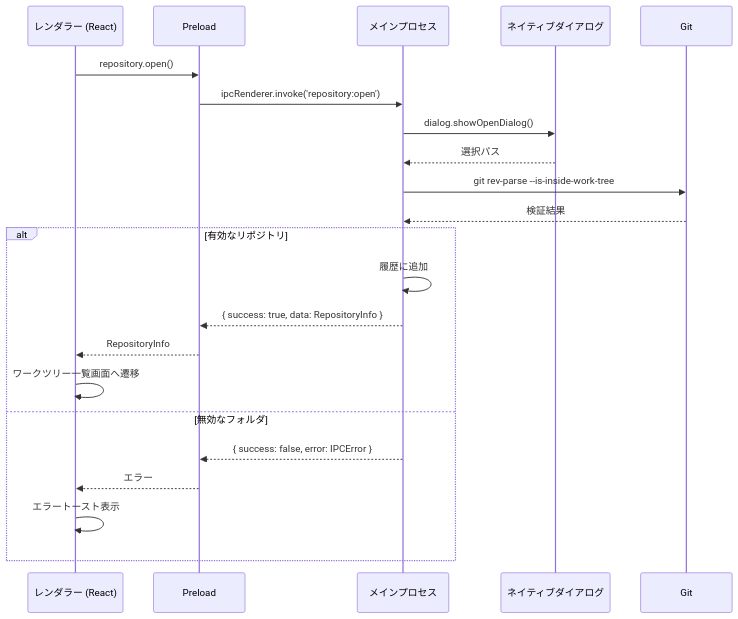
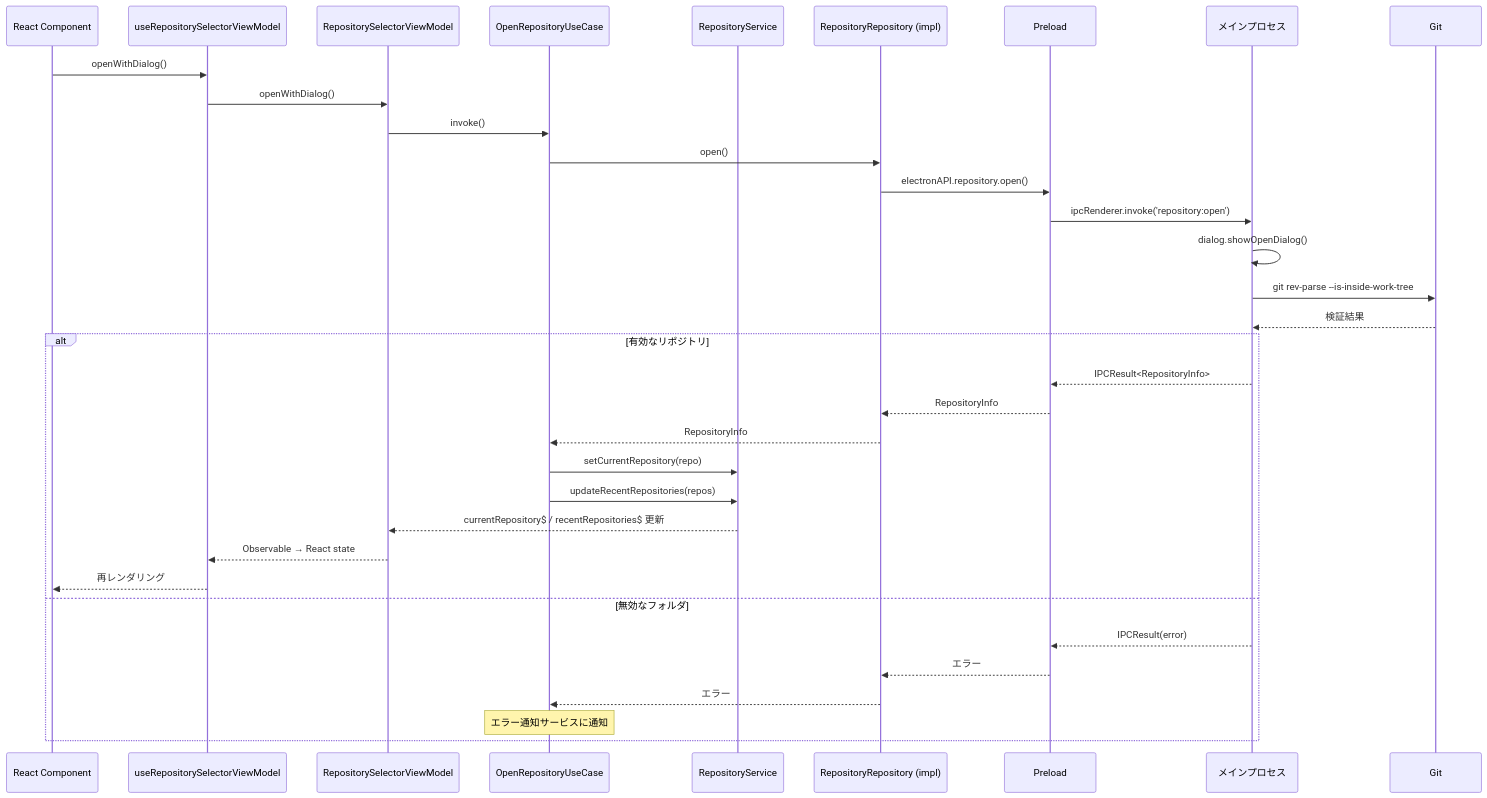
The first of 3 diagrams in .sdd/specification/application-foundation_spec.md (ToshikiImagawa/Buruma), drawn with Mermaid before and after one commit. The commit also changed other lines of this file and 33 other files, not shown here.

Commit message:
Enforce Prettier formatting and add typecheck, format, and format:check scripts in package.json; refactor the codebase for consistent styling with updated ESLint and Prettier integration; add useObservable hook and comprehensive test coverage

````diff
--- a/.sdd/specification/application-foundation_spec.md
+++ b/.sdd/specification/application-foundation_spec.md
@@ -202,26 +356,38 @@
 ```mermaid
 sequenceDiagram
-    participant Renderer as レンダラー (React)
+    participant Component as React Component
+    participant Hook as useRepositorySelectorViewModel
+    participant VM as RepositorySelectorViewModel
+    participant UC as OpenRepositoryUseCase
+    participant Svc as RepositoryService
+    participant Repo as RepositoryRepository (impl)
     participant Preload as Preload
     participant Main as メインプロセス
-    participant Dialog as ネイティブダイアログ
     participant Git as Git
 
-    Renderer ->> Preload: repository.open()
+    Component ->> Hook: openWithDialog()
+    Hook ->> VM: openWithDialog()
+    VM ->> UC: invoke()
+    UC ->> Repo: open()
+    Repo ->> Preload: electronAPI.repository.open()
     Preload ->> Main: ipcRenderer.invoke('repository:open')
-    Main ->> Dialog: dialog.showOpenDialog()
-    Dialog -->> Main: 選択パス
+    Main ->> Main: dialog.showOpenDialog()
     Main ->> Git: git rev-parse --is-inside-work-tree
     Git -->> Main: 検証結果
 
     alt 有効なリポジトリ
-        Main ->> Main: 履歴に追加
-        Main -->> Preload: { success: true, data: RepositoryInfo }
-        Preload -->> Renderer: RepositoryInfo
-        Renderer ->> Renderer: ワークツリー一覧画面へ遷移
+        Main -->> Preload: IPCResult<RepositoryInfo>
+        Preload -->> Repo: RepositoryInfo
+        Repo -->> UC: RepositoryInfo
+        UC ->> Svc: setCurrentRepository(repo)
+        UC ->> Svc: updateRecentRepositories(repos)
+        Svc -->> VM: currentRepository$ / recentRepositories$ 更新
+        VM -->> Hook: Observable → React state
+        Hook -->> Component: 再レンダリング
     else 無効なフォルダ
-        Main -->> Preload: { success: false, error: IPCError }
-        Preload -->> Renderer: エラー
-        Renderer ->> Renderer: エラートースト表示
+        Main -->> Preload: IPCResult(error)
+        Preload -->> Repo: エラー
+        Repo -->> UC: エラー
+        Note over UC: エラー通知サービスに通知
     end
 ```
````
